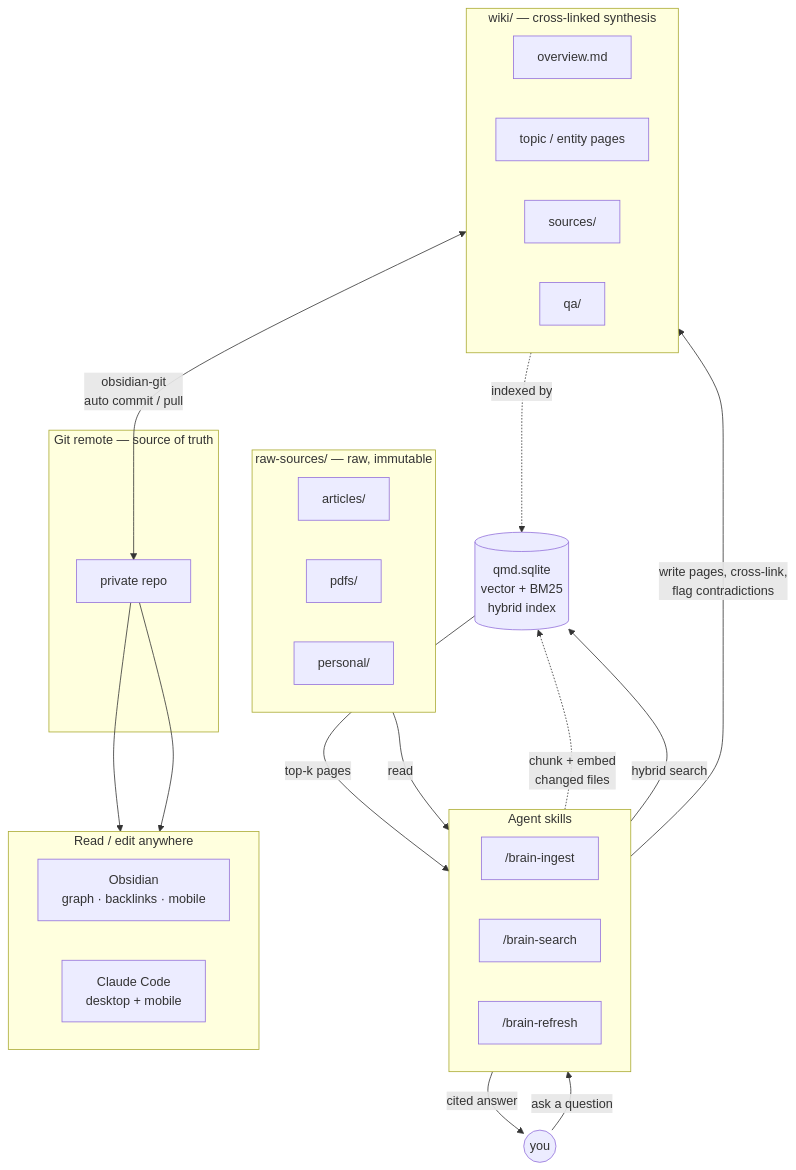
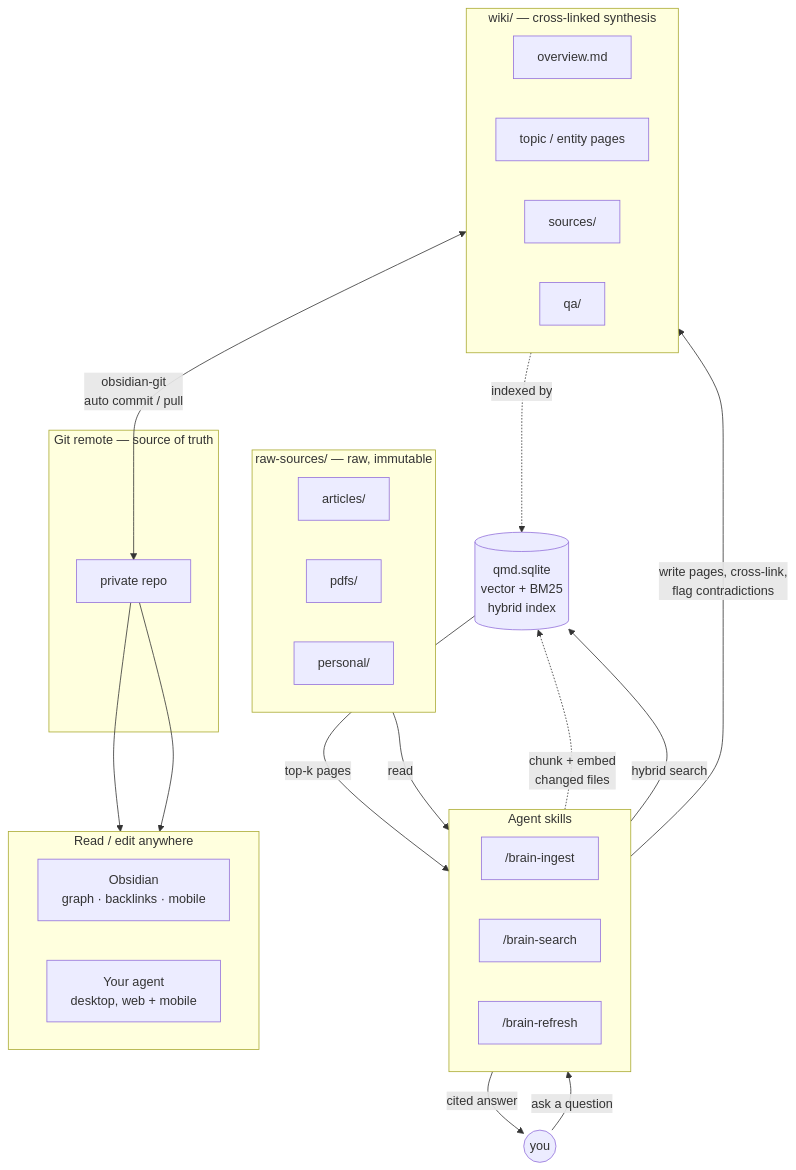
The diagram in pr-preview/pr-25/concepts/how-it-works.md (jessepinkman9900/claude-second-brain), drawn with Mermaid before and after one commit. The commit also changed other lines of this file and 40 other files, not shown here.

````diff
--- a/pr-preview/pr-25/concepts/how-it-works.md
+++ b/pr-preview/pr-25/concepts/how-it-works.md
@@ -5,50 +5,50 @@
 ```mermaid
 flowchart TB
   subgraph Sources["raw-sources/ — raw, immutable"]
     direction LR
     S1[articles/]
     S2[pdfs/]
     S3[personal/]
   end
 
   subgraph Skills["Agent skills"]
     direction LR
     I["/brain-ingest"]
     Q["/brain-search"]
     R["/brain-refresh"]
   end
 
   subgraph Wiki["wiki/ — cross-linked synthesis"]
     direction LR
     W1[overview.md]
     W2[topic / entity pages]
     W3[sources/]
     W4[qa/]
   end
 
   QMD[("qmd.sqlite<br/>vector + BM25<br/>hybrid index")]
 
   subgraph Remote["Git remote — source of truth"]
     GH[private repo]
   end
 
   subgraph Read["Read / edit anywhere"]
     direction LR
     OB["Obsidian<br/>graph · backlinks · mobile"]
-    CC["Claude Code<br/>desktop + mobile"]
+    CC["Your agent<br/>desktop, web + mobile"]
   end
 
   User((you))
 
   Sources -->|read| I
   I -->|write pages, cross-link,<br/>flag contradictions| Wiki
   R -.->|chunk + embed<br/>changed files| QMD
   Wiki -.->|indexed by| QMD
   User -->|ask a question| Q
   Q -->|hybrid search| QMD
   QMD -->|top-k pages| Q
   Q -->|cited answer| User
   Wiki <-->|"obsidian-git<br/>auto commit / pull"| GH
   GH --> OB
   GH --> CC
 ```
````
